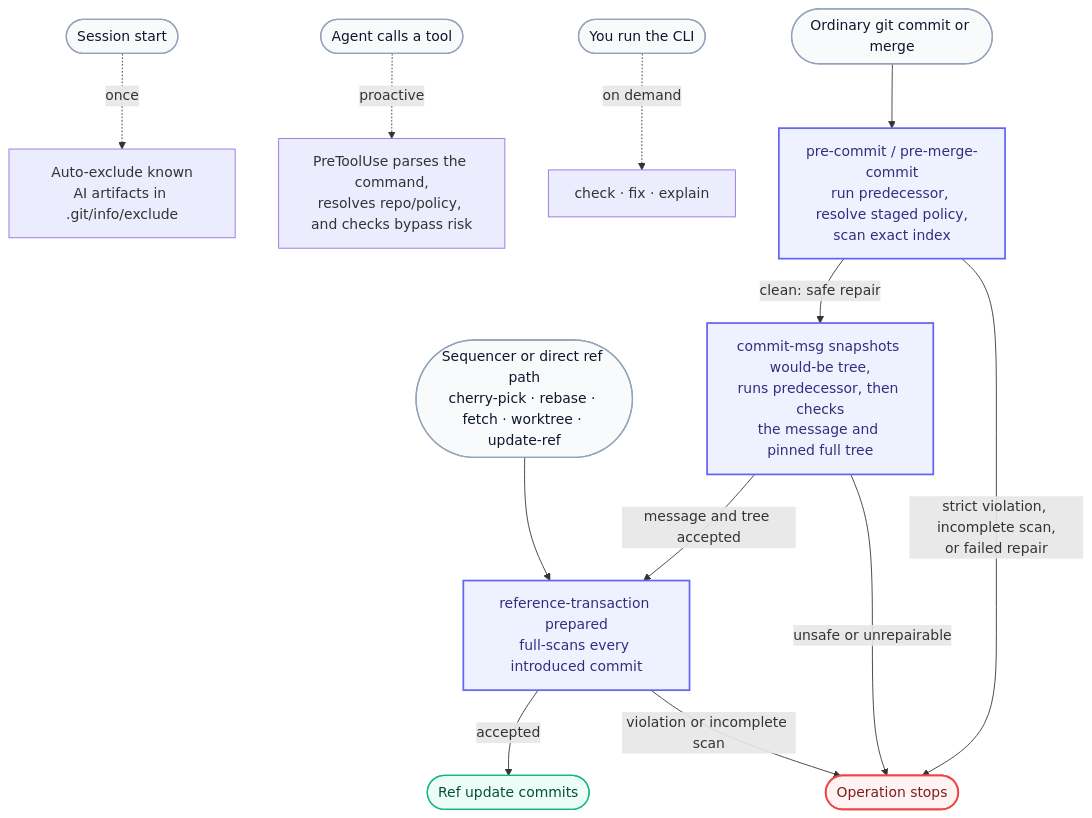
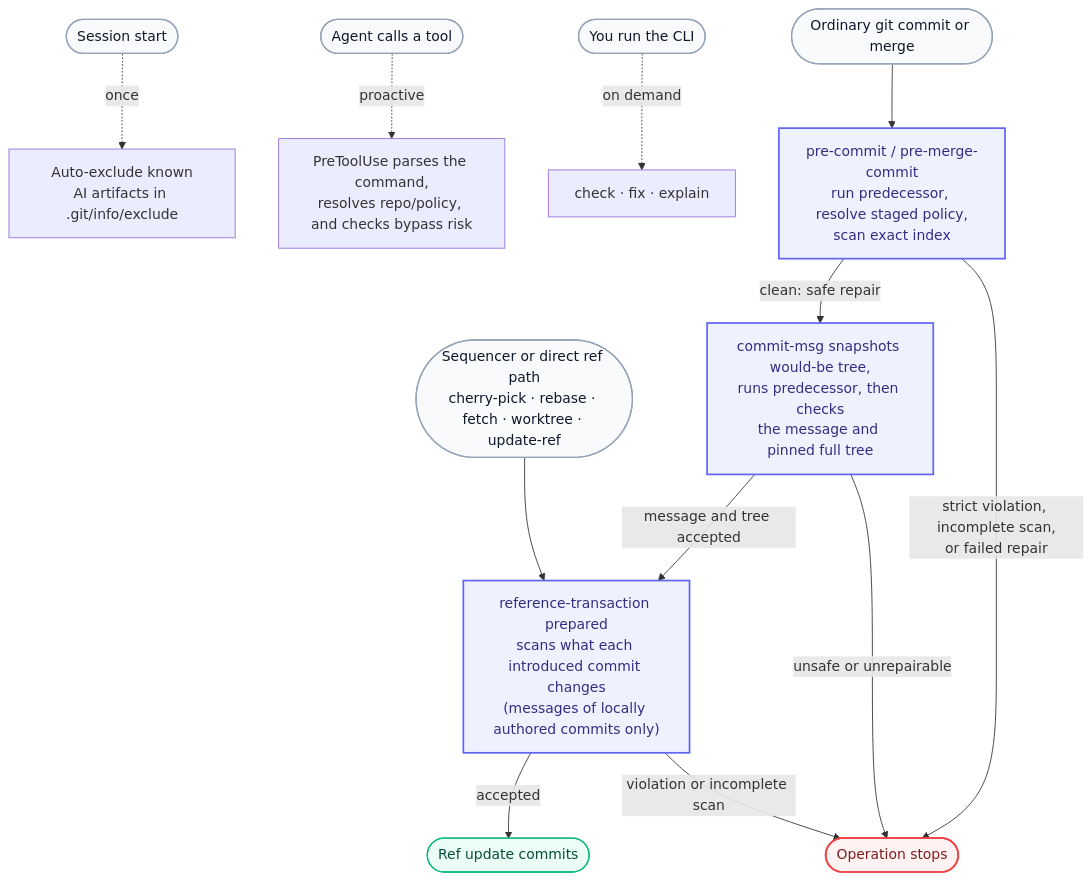
The diagram in README.md (rmyndharis/aimhooman), drawn with Mermaid before and after one commit. The commit also changed 8 other files, not shown here.

````diff
--- a/README.md
+++ b/README.md
@@ -69,25 +69,25 @@
 ```mermaid
 flowchart TD
     SESS([Session start]) -. once .-> EXCL["Auto-exclude known<br/>AI artifacts in .git/info/exclude"]
     AGENT([Agent calls a tool]) -. proactive .-> ADV["PreToolUse parses the command,<br/>resolves repo/policy, and checks bypass risk"]
     RUN([You run the CLI]) -. on demand .-> CLI["check · fix · explain"]
 
     COMMIT([Ordinary git commit or merge]) --> PRE["pre-commit / pre-merge-commit<br/>run predecessor, resolve staged policy,<br/>scan exact index"]
     DIRECT([Sequencer or direct ref path<br/>cherry-pick · rebase · fetch · worktree · update-ref]) --> REF
     PRE -->|clean: safe repair| MSG["commit-msg snapshots would-be tree,<br/>runs predecessor, then checks<br/>the message and pinned full tree"]
     PRE -->|strict violation, incomplete scan,<br/>or failed repair| BLOCK([Operation stops])
-    MSG -->|message and tree accepted| REF["reference-transaction prepared<br/>full-scans every introduced commit"]
+    MSG -->|message and tree accepted| REF["reference-transaction prepared<br/>scans what each introduced commit changes<br/>(messages of locally authored commits only)"]
     MSG -->|unsafe or unrepairable| BLOCK
     REF -->|accepted| SHIP([Ref update commits])
     REF -->|violation or incomplete scan| BLOCK
 
     classDef entry fill:#f8fafc,stroke:#94a3b8,color:#0f172a,stroke-width:1.5px
     classDef hook fill:#eef2ff,stroke:#6366f1,color:#312e81,stroke-width:2px
     classDef ok fill:#ecfdf5,stroke:#10b981,color:#064e3b,stroke-width:1.5px
     classDef stop fill:#fef2f2,stroke:#ef4444,color:#7f1d1d,stroke-width:2px
 
     class SESS,AGENT,RUN,COMMIT,DIRECT entry
     class PRE,MSG,REF hook
     class SHIP ok
     class BLOCK stop
 ```
````
